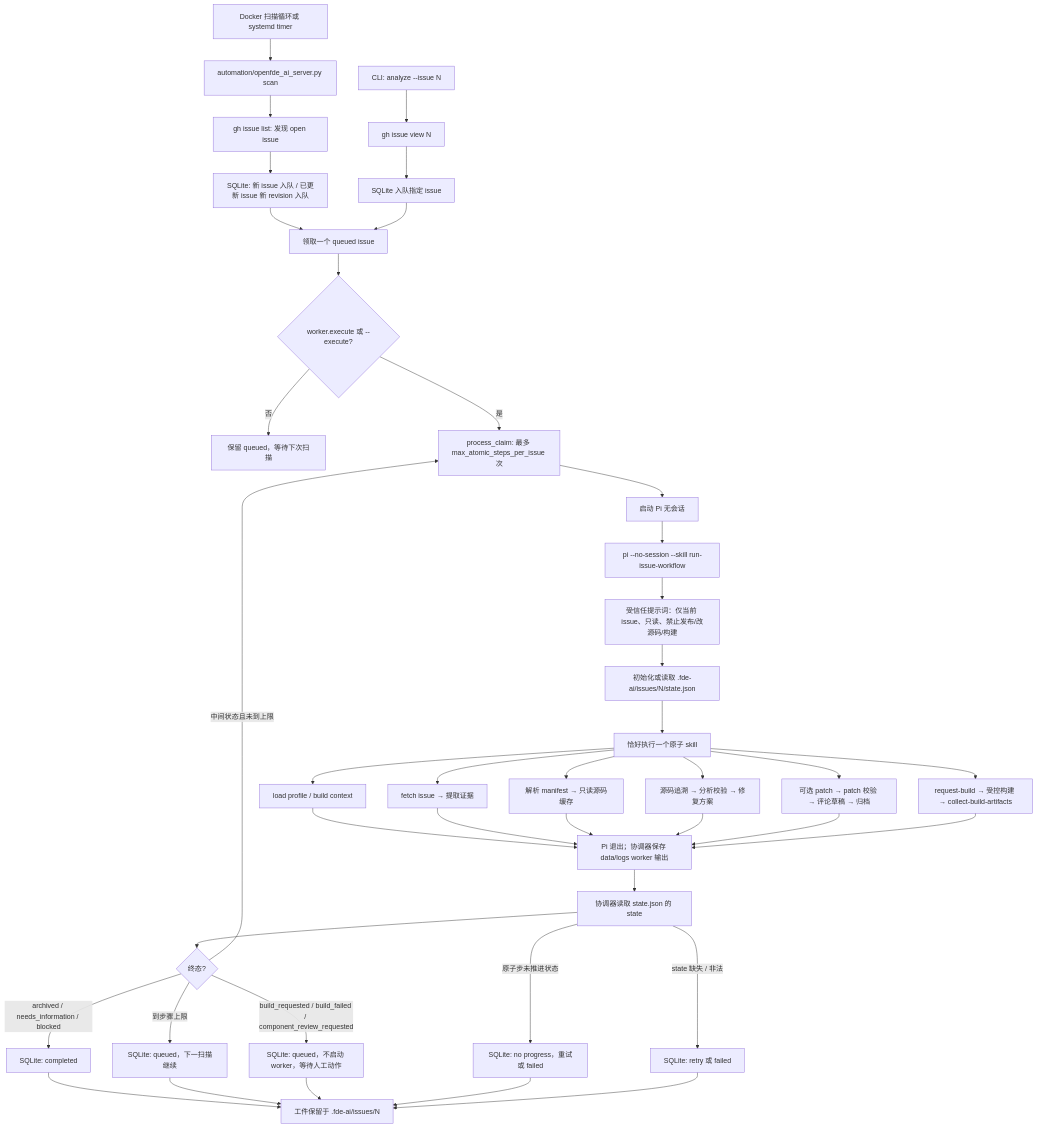
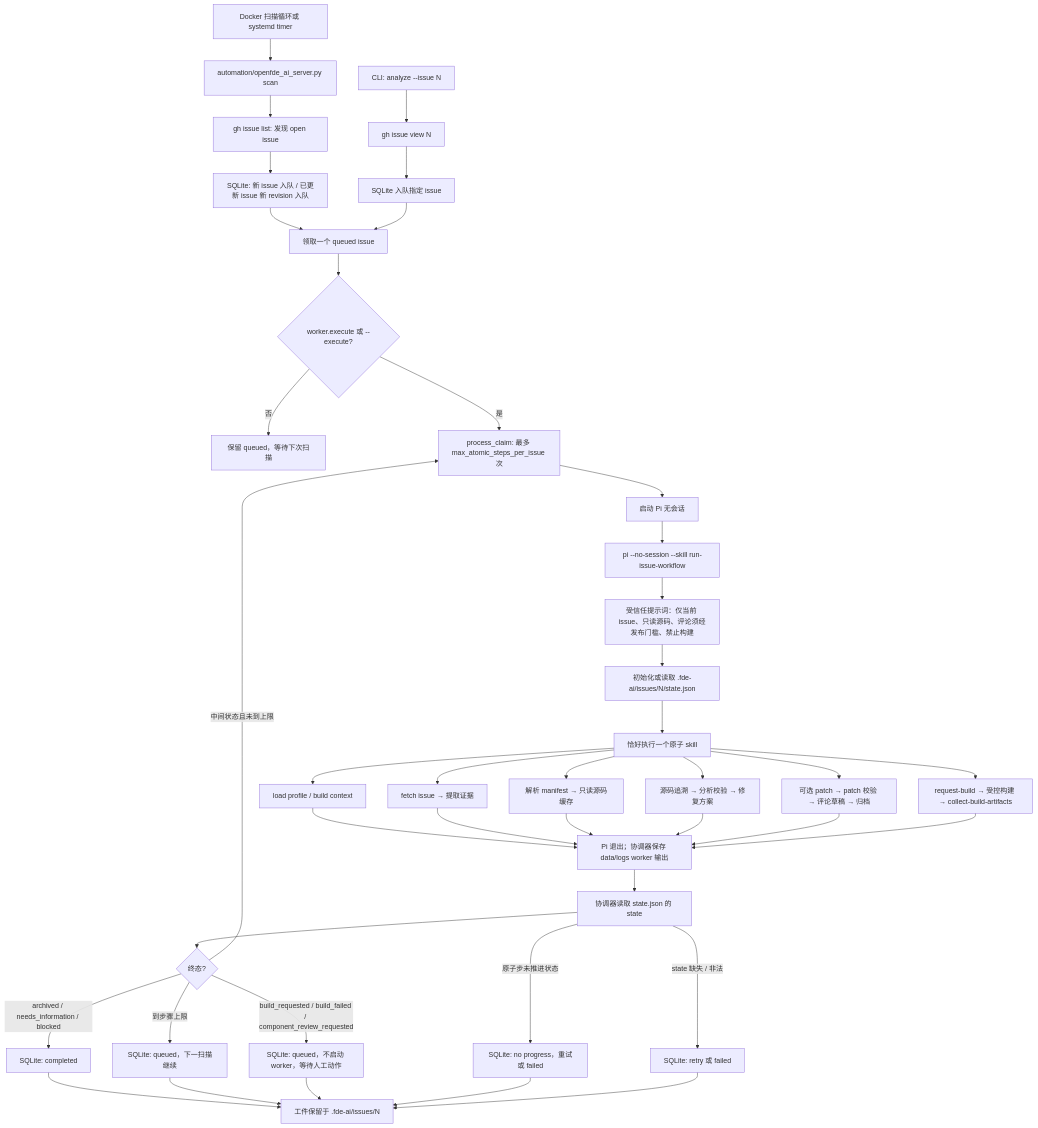
Before and after one commit to openfde/issue_killer: the diagram in docs/architecture/server-pi-flow.md, drawn with Mermaid. The commit also changed 7 other files, not shown here.

````diff
--- a/docs/architecture/server-pi-flow.md
+++ b/docs/architecture/server-pi-flow.md
@@ -3,49 +3,49 @@
 ```mermaid
 flowchart TD
     A[Docker 扫描循环或 systemd timer] --> B[automation/openfde_ai_server.py scan]
     C[CLI: analyze --issue N] --> D[gh issue view N]
     D --> E[SQLite 入队指定 issue]
     B --> F[gh issue list: 发现 open issue]
     F --> G[SQLite: 新 issue 入队 / 已更新 issue 新 revision 入队]
     G --> H[领取一个 queued issue]
     E --> H
 
     H --> I{worker.execute 或 --execute?}
     I -- 否 --> J[保留 queued，等待下次扫描]
     I -- 是 --> K[process_claim: 最多 max_atomic_steps_per_issue 次]
 
     K --> L[启动 Pi 无会话]
     L --> M[pi --no-session --skill run-issue-workflow]
-    M --> N[受信任提示词：仅当前 issue、只读、禁止发布/改源码/构建]
+    M --> N[受信任提示词：仅当前 issue、只读源码、评论须经发布门槛、禁止构建]
     N --> O[初始化或读取 .fde-ai/issues/N/state.json]
     O --> P[恰好执行一个原子 skill]
 
     P --> P1[load profile / build context]
     P --> P2[fetch issue → 提取证据]
     P --> P3[解析 manifest → 只读源码缓存]
     P --> P4[源码追溯 → 分析校验 → 修复方案]
     P --> P5[可选 patch → patch 校验 → 评论草稿 → 归档]
     P --> P6[request-build → 受控构建 → collect-build-artifacts]
 
     P1 --> Q[Pi 退出；协调器保存 data/logs worker 输出]
     P2 --> Q
     P3 --> Q
     P4 --> Q
     P5 --> Q
     P6 --> Q
 
     Q --> R[协调器读取 state.json 的 state]
     R --> S{终态?}
     S -- archived / needs_information / blocked --> T[SQLite: completed]
     S -- build_requested / build_failed / component_review_requested --> U2[SQLite: queued，不启动 worker，等待人工动作]
     S -- 中间状态且未到上限 --> K
     S -- 到步骤上限 --> U[SQLite: queued，下一扫描继续]
     R -- state 缺失 / 非法 --> V[SQLite: retry 或 failed]
     R -- 原子步未推进状态 --> V2[SQLite: no progress，重试或 failed]
 
     T --> W[工件保留于 .fde-ai/issues/N]
     U --> W
     U2 --> W
     V2 --> W
     V --> W
 ```
````
